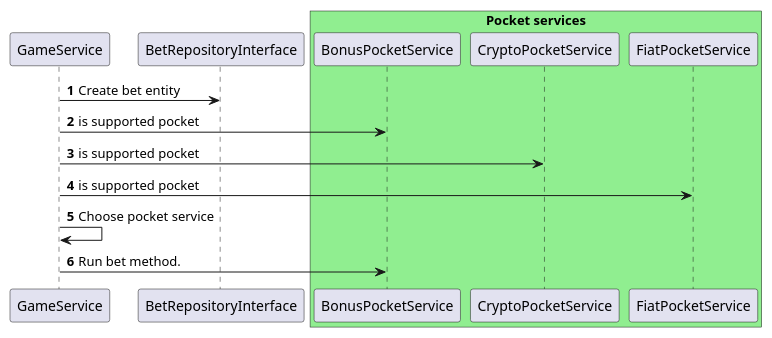
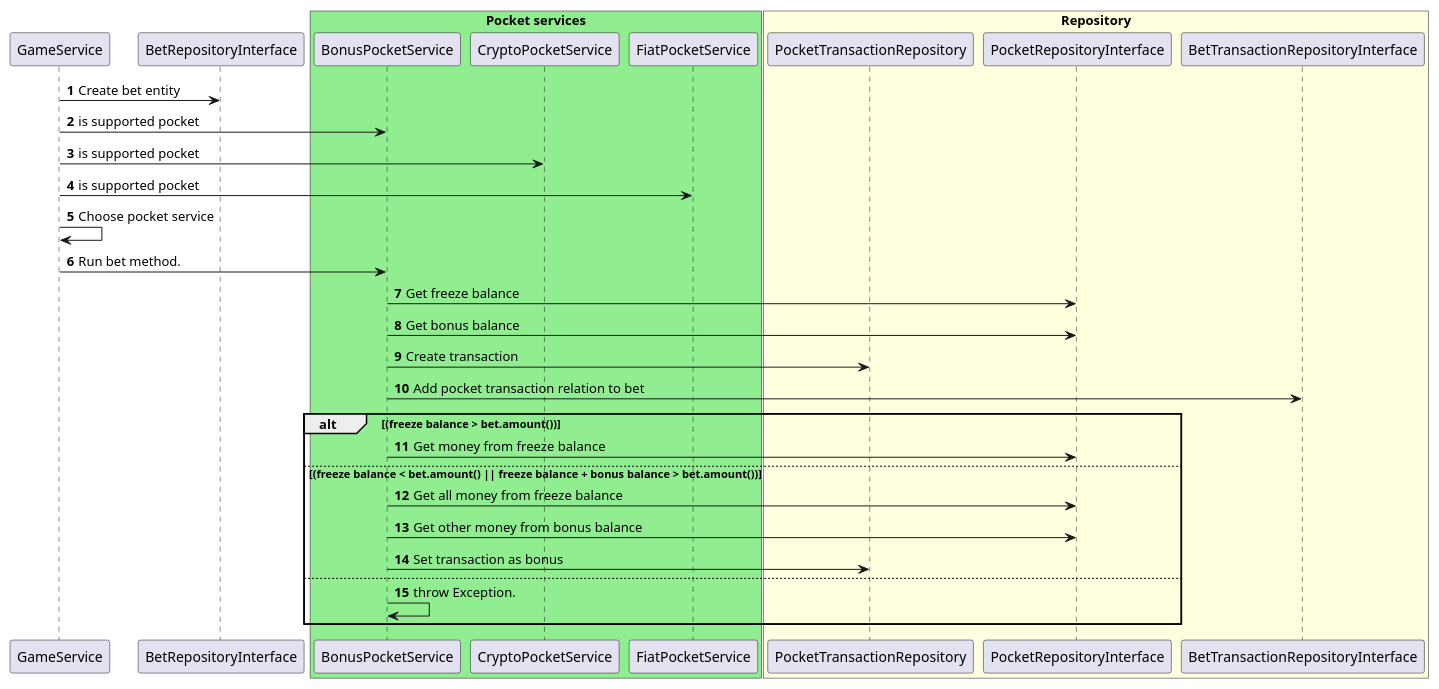
Before and after one commit to SukachVitally/test_game_pocket: the diagram in docs/BetSequenceDiagram.puml, drawn with PlantUML. The commit also changed 1 other file, not shown here.

```diff
--- a/docs/BetSequenceDiagram.puml
+++ b/docs/BetSequenceDiagram.puml
@@ -1,20 +1,41 @@
 @startuml
 'https://plantuml.com/sequence-diagram
 
 autonumber
 participant GameService as gs
 participant BetRepositoryInterface
 box "Pocket services" #LightGreen
     participant BonusPocketService
     participant CryptoPocketService
     participant FiatPocketService
 end box
 
+box "Repository" #LightYellow
+    participant PocketTransactionRepository
+    participant PocketRepositoryInterface
+    participant BetTransactionRepositoryInterface
+end box
+
 gs -> BetRepositoryInterface: Create bet entity
 gs -> BonusPocketService: is supported pocket
 gs -> CryptoPocketService: is supported pocket
 gs -> FiatPocketService: is supported pocket
 gs -> gs: Choose pocket service
 gs -> BonusPocketService: Run bet method.
+BonusPocketService -> PocketRepositoryInterface: Get freeze balance
+BonusPocketService -> PocketRepositoryInterface: Get bonus balance
+BonusPocketService -> PocketTransactionRepository: Create transaction
+BonusPocketService -> BetTransactionRepositoryInterface: Add pocket transaction relation to bet
+
+
+alt (freeze balance > bet.amount())
+    BonusPocketService -> PocketRepositoryInterface: Get money from freeze balance
+else (freeze balance < bet.amount() || freeze balance + bonus balance > bet.amount())
+    BonusPocketService -> PocketRepositoryInterface: Get all money from freeze balance
+    BonusPocketService -> PocketRepositoryInterface: Get other money from bonus balance
+    BonusPocketService -> PocketTransactionRepository: Set transaction as bonus
+else
+    BonusPocketService -> BonusPocketService: throw Exception.
+end
 
 @enduml
```
